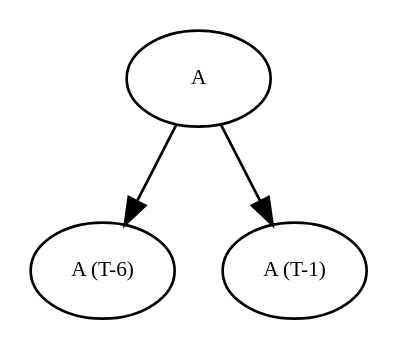
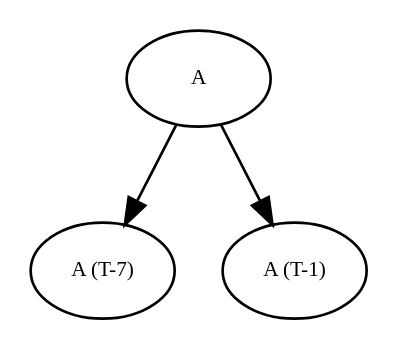
The diagram in graphs/debug_tree0.dot (amso100/livescript-declarations), drawn with Graphviz before and after one commit. The commit also changed 4 other files, not shown here.

```diff
--- a/graphs/debug_tree0.dot
+++ b/graphs/debug_tree0.dot
@@ -1,24 +1,24 @@
 digraph RGL__DirectedAdjacencyGraph {
     A [
         fontsize = 8,
         label = A
     ]
 
-    "A (T-6)" [
+    "A (T-7)" [
         fontsize = 8,
-        label = "A (T-6)"
+        label = "A (T-7)"
     ]
 
     "A (T-1)" [
         fontsize = 8,
         label = "A (T-1)"
     ]
 
-    A -> "A (T-6)" [
+    A -> "A (T-7)" [
         fontsize = 8
     ]
 
     A -> "A (T-1)" [
         fontsize = 8
     ]
 }
```
